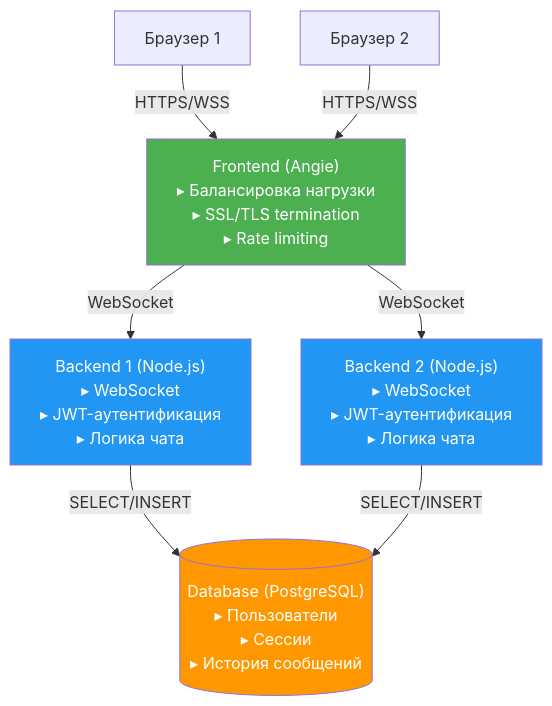
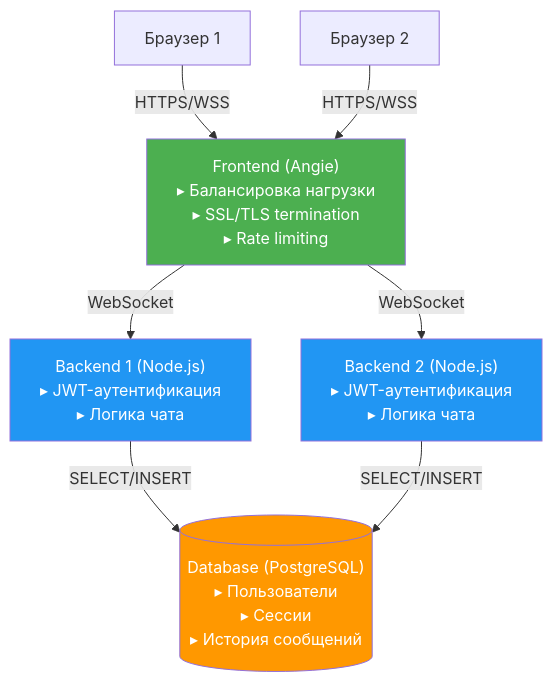
One commit to dbereznoy/diplom-angie changed the diagram in README.md. Above: the diagram before and after it, drawn with Mermaid. The commit also changed other lines of this file, not shown here.

````diff
--- a/README.md
+++ b/README.md
@@ -10,36 +2,34 @@
 ```mermaid
 graph TD;
     Client1[Браузер 1] -->|HTTPS/WSS| Frontend;
     Client2[Браузер 2] -->|HTTPS/WSS| Frontend;
     
     Frontend["Frontend (Angie)
     ▸ Балансировка нагрузки
     ▸ SSL/TLS termination
     ▸ Rate limiting"];
     
     Frontend -->|WebSocket| Backend1;
     Frontend -->|WebSocket| Backend2;
     
     Backend1["Backend 1 (Node.js)
-    ▸ WebSocket
     ▸ JWT-аутентификация
     ▸ Логика чата"];
     
     Backend2["Backend 2 (Node.js)
-    ▸ WebSocket
     ▸ JWT-аутентификация
     ▸ Логика чата"];
     
     Backend1 -->|SELECT/INSERT| Database;
     Backend2 -->|SELECT/INSERT| Database;
     
     Database[("Database (PostgreSQL)
     ▸ Пользователи
     ▸ Сессии
     ▸ История сообщений")];
     
     style Frontend fill:#4CAF50,color:white
     style Backend1 fill:#2196F3,color:white
     style Backend2 fill:#2196F3,color:white
     style Database fill:#FF9800,color:white
 ```
````
